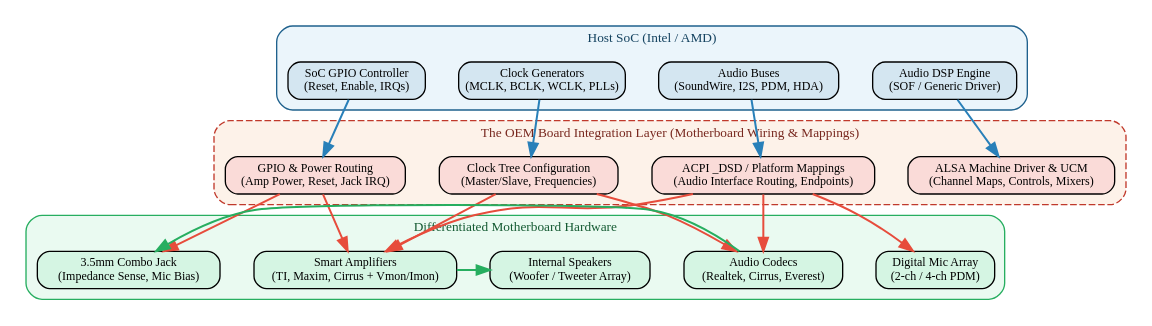
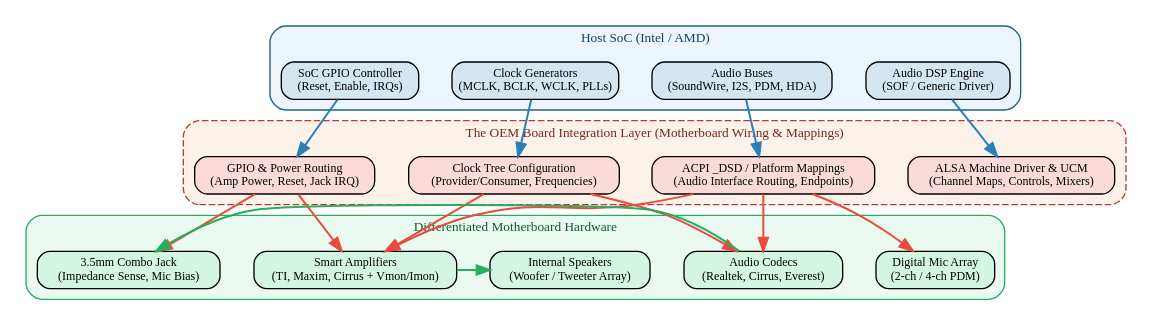
One commit to thesofproject/sof-docs changed the diagram in faq/index.rst. Above: the diagram before and after it, drawn with Graphviz. The commit also changed other lines of this file and 4 other files, not shown here.

```diff
--- a/faq/index.rst
+++ b/faq/index.rst
@@ -92,81 +92,81 @@
 .. graphviz::
    :caption: Figure: Hardware Complexity and the Critical OEM Board Integration Layer
 
    digraph oem_audio_complexity {
        rankdir=TB;
        nodesep=0.35;
        ranksep=0.45;
 
        node [fontname="Verdana", fontsize=9, shape=box, style="filled,rounded", height=0.38];
        edge [fontname="Verdana", fontsize=8];
 
        // SoC
        subgraph cluster_soc {
            label = "Host SoC (Intel / AMD)";
            style = "filled,rounded";
            color = "#1f618d";
            fillcolor = "#ebf5fb";
            fontname = "Verdana-Bold";
            fontsize = 10;
            fontcolor = "#154360";
 
            soc_dsp [label="Audio DSP Engine\n(SOF / Generic Driver)", fillcolor="#d4e6f1"];
            soc_buses [label="Audio Buses\n(SoundWire, I2S, PDM, HDA)", fillcolor="#d4e6f1"];
            soc_clocks [label="Clock Generators\n(MCLK, BCLK, WCLK, PLLs)", fillcolor="#d4e6f1"];
            soc_gpios [label="SoC GPIO Controller\n(Reset, Enable, IRQs)", fillcolor="#d4e6f1"];
 
            { rank=same; soc_dsp; soc_buses; soc_clocks; soc_gpios; }
        }
 
        // OEM Integration Layer
        subgraph cluster_integration {
            label = "The OEM Board Integration Layer (Motherboard Wiring & Mappings)";
            style = "filled,rounded,dashed";
            color = "#c0392b";
            fillcolor = "#fdf2e9";
            fontname = "Verdana-Bold";
            fontsize = 10;
            fontcolor = "#78281f";
 
            acpi_dsd [label="ACPI _DSD / Platform Mappings\n(Audio Interface Routing, Endpoints)", fillcolor="#fadbd8"];
            gpio_routing [label="GPIO & Power Routing\n(Amp Power, Reset, Jack IRQ)", fillcolor="#fadbd8"];
-           clock_tree [label="Clock Tree Configuration\n(Master/Slave, Frequencies)", fillcolor="#fadbd8"];
+           clock_tree [label="Clock Tree Configuration\n(Provider/Consumer, Frequencies)", fillcolor="#fadbd8"];
            ucm_quirks [label="ALSA Machine Driver & UCM\n(Channel Maps, Controls, Mixers)", fillcolor="#fadbd8"];
 
            { rank=same; acpi_dsd; gpio_routing; clock_tree; ucm_quirks; }
        }
 
        // Peripherals
        subgraph cluster_hw {
            label = "Differentiated Motherboard Hardware";
            style = "filled,rounded";
            color = "#27ae60";
            fillcolor = "#eafaf1";
            fontname = "Verdana-Bold";
            fontsize = 10;
            fontcolor = "#145a32";
 
            codecs [label="Audio Codecs\n(Realtek, Cirrus, Everest)", fillcolor="#d5f5e3"];
            smart_amps [label="Smart Amplifiers\n(TI, Maxim, Cirrus + Vmon/Imon)", fillcolor="#d5f5e3"];
            jack_hw [label="3.5mm Combo Jack\n(Impedance Sense, Mic Bias)", fillcolor="#d5f5e3"];
            mic_array [label="Digital Mic Array\n(2-ch / 4-ch PDM)", fillcolor="#d5f5e3"];
            speakers [label="Internal Speakers\n(Woofer / Tweeter Array)", fillcolor="#d5f5e3"];
 
            { rank=same; codecs; smart_amps; jack_hw; mic_array; speakers; }
        }
 
        soc_buses -> acpi_dsd [color="#2980b9", penwidth=1.5];
        soc_clocks -> clock_tree [color="#2980b9", penwidth=1.5];
        soc_gpios -> gpio_routing [color="#2980b9", penwidth=1.5];
        soc_dsp -> ucm_quirks [color="#2980b9", penwidth=1.5];
 
        acpi_dsd -> codecs [color="#e74c3c", penwidth=1.5];
        acpi_dsd -> smart_amps [color="#e74c3c", penwidth=1.5];
        clock_tree -> codecs [color="#e74c3c", penwidth=1.5];
        clock_tree -> smart_amps [color="#e74c3c", penwidth=1.5];
        gpio_routing -> smart_amps [color="#e74c3c", penwidth=1.5];
        gpio_routing -> jack_hw [color="#e74c3c", penwidth=1.5];
        acpi_dsd -> mic_array [color="#e74c3c", penwidth=1.5];
        smart_amps -> speakers [color="#27ae60", penwidth=1.5];
        codecs -> jack_hw [color="#27ae60", penwidth=1.5];
    }
```
